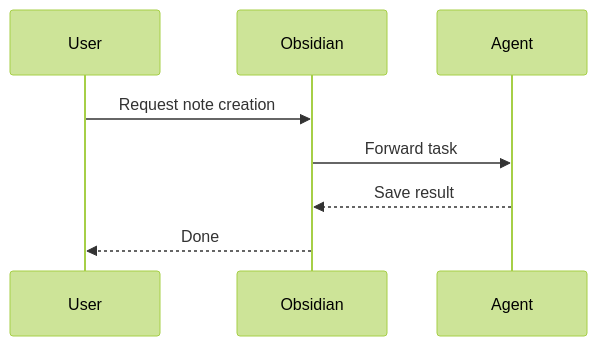
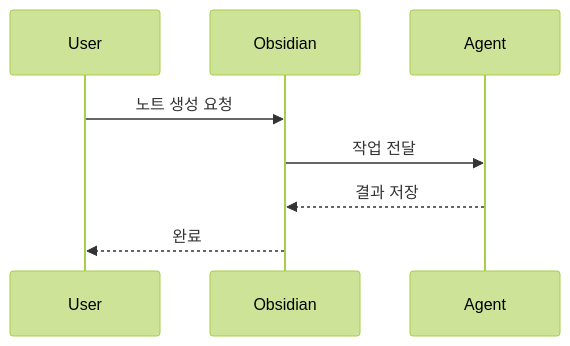
Before and after one commit to warqun/AIMindVaults-EN: the third of 4 diagrams in Vaults/BasicVaults/BasicContentsVault/.sync/_Standards/Core/Plugins/MERMAID_JUGGL_SYNTAX.md, drawn with Mermaid (forest theme). The commit also changed other lines of this file and 447 other files, not shown here.

````diff
--- a/Vaults/BasicVaults/BasicContentsVault/.sync/_Standards/Core/Plugins/MERMAID_JUGGL_SYNTAX.md
+++ b/Vaults/BasicVaults/BasicContentsVault/.sync/_Standards/Core/Plugins/MERMAID_JUGGL_SYNTAX.md
@@ -35,10 +36,10 @@
 ```mermaid
 sequenceDiagram
   participant U as User
   participant O as Obsidian
   participant A as Agent
-  U->>O: Request note creation
-  O->>A: Forward task
-  A-->>O: Save result
-  O-->>U: Done
+  U->>O: 노트 생성 요청
+  O->>A: 작업 전달
+  A-->>O: 결과 저장
+  O-->>U: 완료
 ```
````
